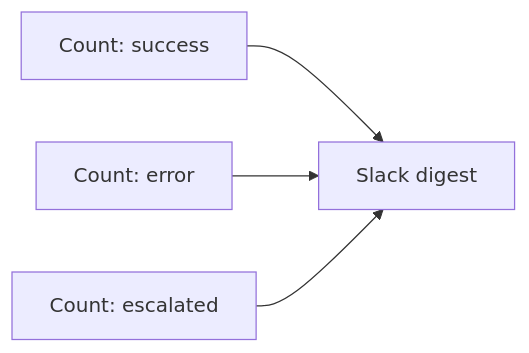
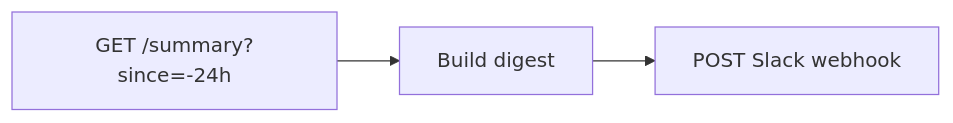
Before and after one commit to apexlogicfocus/make.com: the diagram in Utilities/daily-ops-digest/README.md, drawn with Mermaid. The commit also changed other lines of this file and 25 other files, not shown here.

````diff
--- a/Utilities/daily-ops-digest/README.md
+++ b/Utilities/daily-ops-digest/README.md
@@ -35,6 +35,4 @@
 ```mermaid
 flowchart LR
-    C1[Count: success] --> S
-    C2[Count: error] --> S
-    C3[Count: escalated] --> S[Slack digest]
+    S[GET /summary?since=-24h] --> M[Build digest] --> SL[POST Slack webhook]
 ```
````
